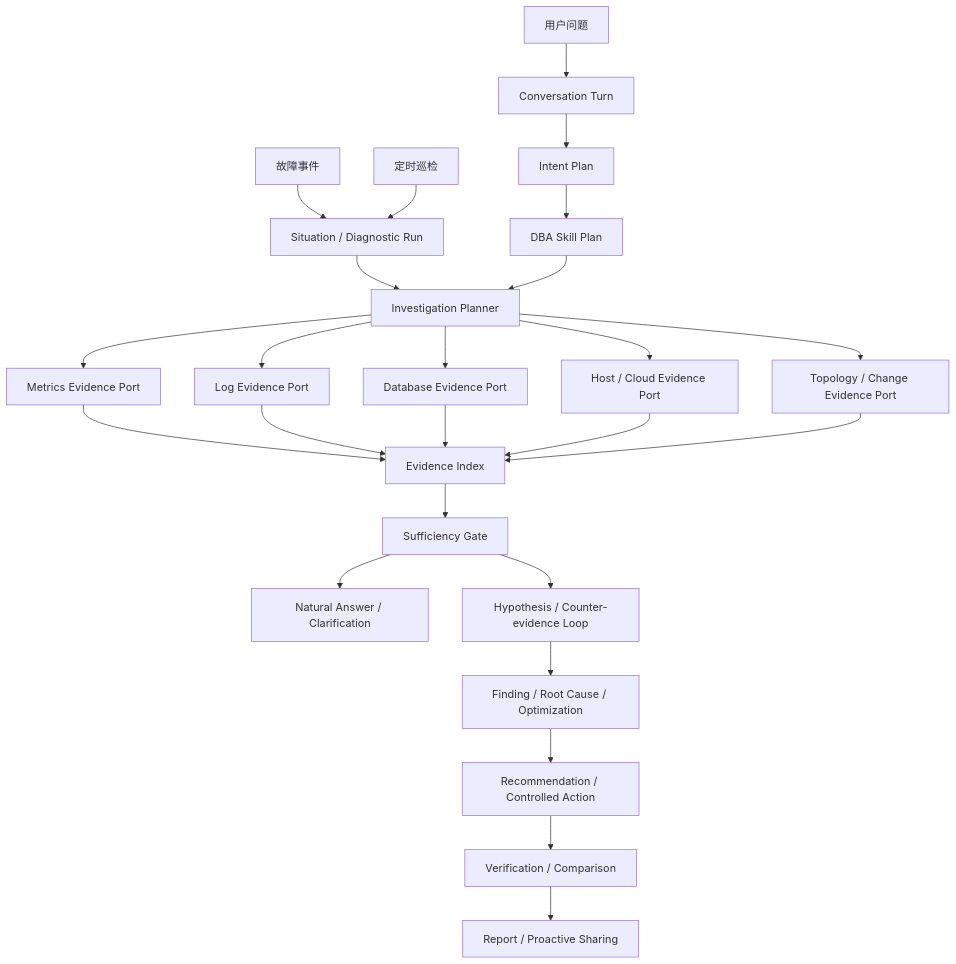
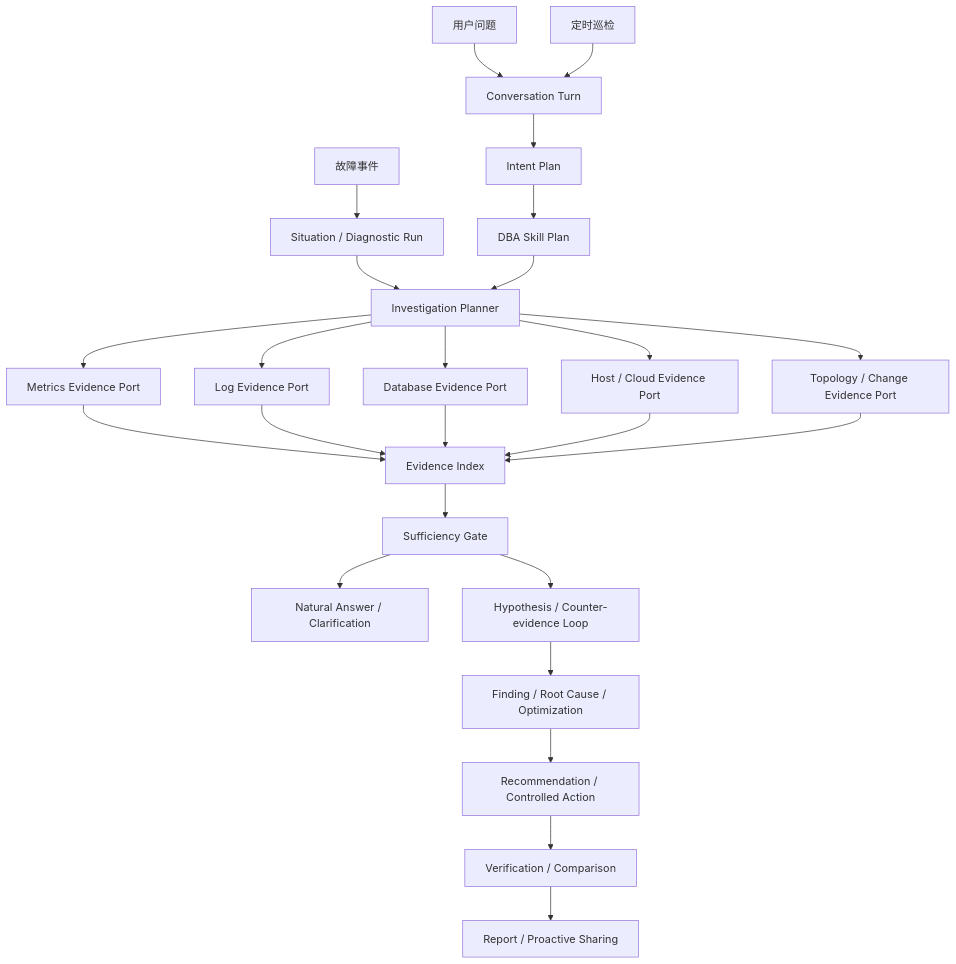
Before and after one commit to munger1985/kbot: the diagram in docs/architecture/aiops-agent.md, drawn with Mermaid. The commit also changed other lines of this file and 57 other files, not shown here.

````diff
--- a/docs/architecture/aiops-agent.md
+++ b/docs/architecture/aiops-agent.md
@@ -15,30 +14,30 @@
 ```mermaid
 flowchart TD
     A1[故障事件] --> SIT[Situation / Diagnostic Run]
     A2[用户问题] --> TURN[Conversation Turn]
-    A3[定时巡检] --> SIT
+    A3[定时巡检] --> TURN
 
     SIT --> PLAN[Investigation Planner]
     TURN --> IP[Intent Plan]
     IP --> SP[DBA Skill Plan]
     SP --> PLAN
     PLAN --> MP[Metrics Evidence Port]
     PLAN --> LP[Log Evidence Port]
     PLAN --> DP[Database Evidence Port]
     PLAN --> HP[Host / Cloud Evidence Port]
     PLAN --> TP[Topology / Change Evidence Port]
 
     MP --> EI[Evidence Index]
     LP --> EI
     DP --> EI
     HP --> EI
     TP --> EI
 
     EI --> SG[Sufficiency Gate]
     SG --> ANS[Natural Answer / Clarification]
     SG --> H[Hypothesis / Counter-evidence Loop]
     H --> F[Finding / Root Cause / Optimization]
     F --> R[Recommendation / Controlled Action]
     R --> V[Verification / Comparison]
     V --> REP[Report / Proactive Sharing]
 ```
````
